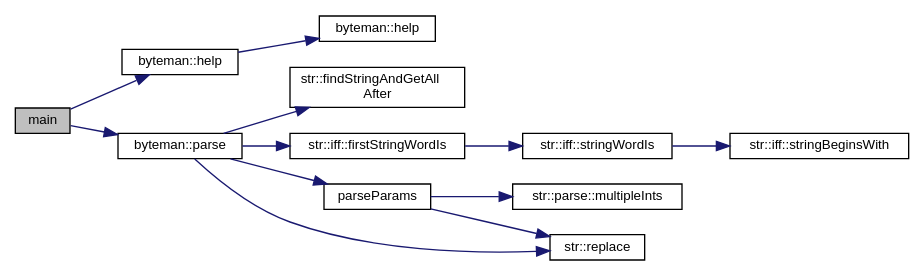
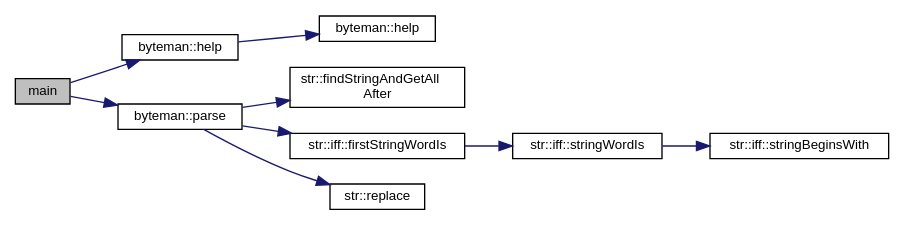
Before and after one commit to FPGA-Research-Manchester/byteman: the diagram in byteman_8cpp_a0ddf1224851353fc92bfbff6f499fa97_cgraph.dot, drawn with Graphviz. The commit also changed 408 other files, not shown here.

```diff
--- a/byteman_8cpp_a0ddf1224851353fc92bfbff6f499fa97_cgraph.dot
+++ b/byteman_8cpp_a0ddf1224851353fc92bfbff6f499fa97_cgraph.dot
@@ -1,30 +1,25 @@
 digraph "main"
 {
  // INTERACTIVE_SVG=YES
  // LATEX_PDF_SIZE
   edge [fontname="Helvetica",fontsize="10",labelfontname="Helvetica",labelfontsize="10"];
   node [fontname="Helvetica",fontsize="10",shape=record];
   rankdir="LR";
   Node1 [label="main",height=0.2,width=0.4,color="black", fillcolor="grey75", style="filled", fontcolor="black",tooltip=" "];
   Node1 -> Node2 [color="midnightblue",fontsize="10",style="solid",fontname="Helvetica"];
   Node2 [label="byteman::help",height=0.2,width=0.4,color="black", fillcolor="white", style="filled",URL="$classbyteman.html#a71bcdc1d03effacbe62b91a337710e39",tooltip=" "];
   Node2 -> Node3 [color="midnightblue",fontsize="10",style="solid",fontname="Helvetica"];
   Node3 [label="byteman::help",height=0.2,width=0.4,color="black", fillcolor="white", style="filled",URL="$classbyteman.html#aacff84465ee63b374e85acf9f5f96338",tooltip=" "];
   Node1 -> Node4 [color="midnightblue",fontsize="10",style="solid",fontname="Helvetica"];
   Node4 [label="byteman::parse",height=0.2,width=0.4,color="black", fillcolor="white", style="filled",URL="$classbyteman.html#a0ce0e992678e3f8b51cc5e01cea14ddb",tooltip=" "];
   Node4 -> Node5 [color="midnightblue",fontsize="10",style="solid",fontname="Helvetica"];
   Node5 [label="str::findStringAndGetAll\lAfter",height=0.2,width=0.4,color="black", fillcolor="white", style="filled",URL="$namespacestr.html#a664d127caf0e35994e01d38d9c0fc16c",tooltip="Finds string searchString inside checkedString and returns all to the right inside checkedString...."];
   Node4 -> Node6 [color="midnightblue",fontsize="10",style="solid",fontname="Helvetica"];
   Node6 [label="str::iff::firstStringWordIs",height=0.2,width=0.4,color="black", fillcolor="white", style="filled",URL="$namespacestr_1_1iff.html#a06c9e283ff14a39e32af47c1b1ca699b",tooltip="Returns true if string checkedString's first word matches fully any of strings nextString or restStri..."];
   Node6 -> Node7 [color="midnightblue",fontsize="10",style="solid",fontname="Helvetica"];
   Node7 [label="str::iff::stringWordIs",height=0.2,width=0.4,color="black", fillcolor="white", style="filled",URL="$namespacestr_1_1iff.html#ab3d5fdd04adcc9952bcf512260c06d8f",tooltip="Returns true if string checkedString matches fully any of strings nextString or restStrings."];
   Node7 -> Node8 [color="midnightblue",fontsize="10",style="solid",fontname="Helvetica"];
   Node8 [label="str::iff::stringBeginsWith",height=0.2,width=0.4,color="black", fillcolor="white", style="filled",URL="$namespacestr_1_1iff.html#a6d3613fc3d6e8d86b3041d6d225aa6b6",tooltip="Returns true if string checkedString's first characters match fully any of strings nextString or rest..."];
   Node4 -> Node9 [color="midnightblue",fontsize="10",style="solid",fontname="Helvetica"];
-  Node9 [label="parseParams",height=0.2,width=0.4,color="black", fillcolor="white", style="filled",URL="$inlineParseParams_8h.html#a7f22499069a08d35dfe2ec4697d03056",tooltip=" "];
-  Node9 -> Node10 [color="midnightblue",fontsize="10",style="solid",fontname="Helvetica"];
-  Node10 [label="str::parse::multipleInts",height=0.2,width=0.4,color="black", fillcolor="white", style="filled",URL="$namespacestr_1_1parse.html#a9f14cc7345a3fc0591a6afaf8033e6d1",tooltip=" "];
-  Node9 -> Node11 [color="midnightblue",fontsize="10",style="solid",fontname="Helvetica"];
-  Node11 [label="str::replace",height=0.2,width=0.4,color="black", fillcolor="white", style="filled",URL="$namespacestr.html#ac23568893d7dd0123ecfc9105c9f3a69",tooltip="Replaces all instances of oldChar in string str with newChar and returns the resulting string."];
-  Node4 -> Node11 [color="midnightblue",fontsize="10",style="solid",fontname="Helvetica"];
+  Node9 [label="str::replace",height=0.2,width=0.4,color="black", fillcolor="white", style="filled",URL="$namespacestr.html#ac23568893d7dd0123ecfc9105c9f3a69",tooltip="Replaces all instances of oldChar in string str with newChar and returns the resulting string."];
 }
```
